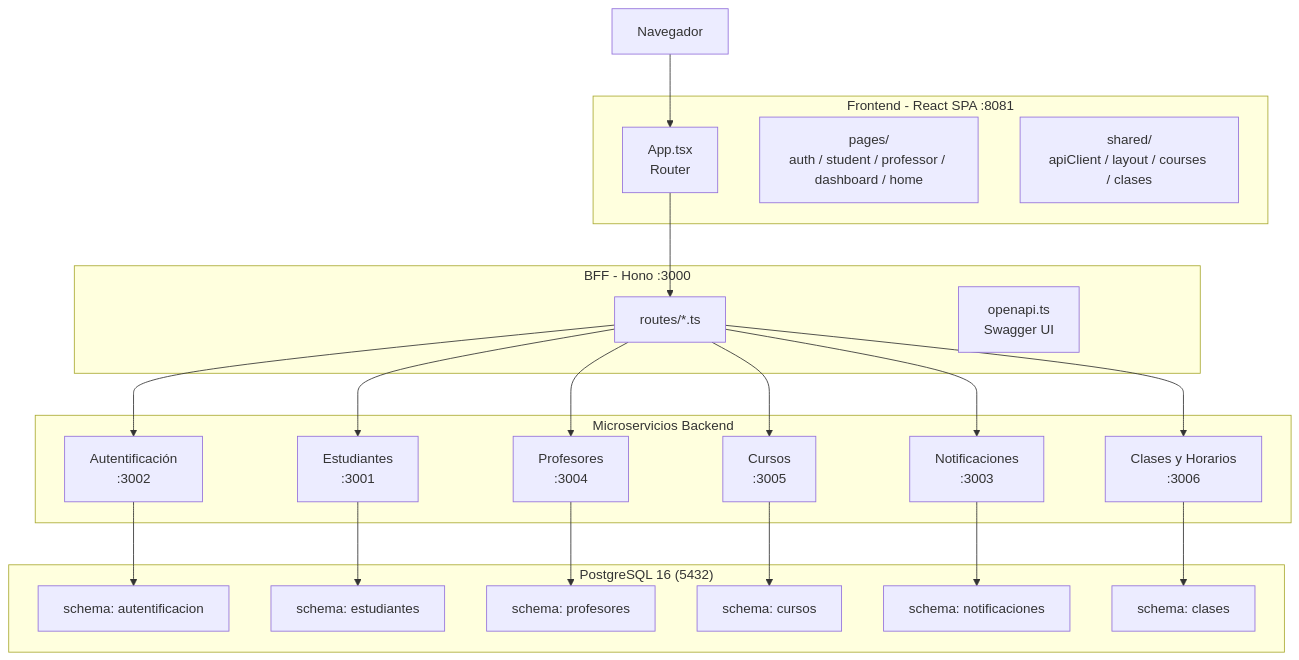
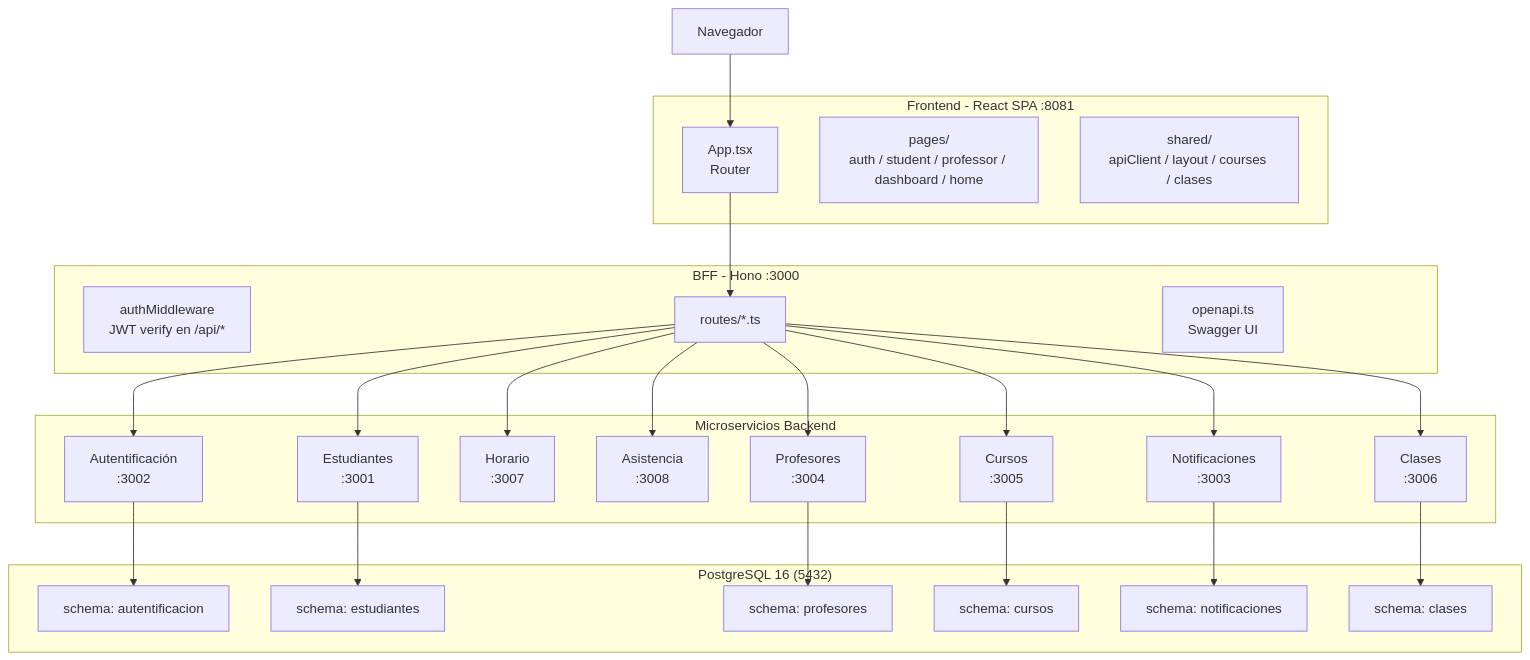
Before and after one commit to M4zls/WEp: the diagram in README.md, drawn with Mermaid. The commit also changed other lines of this file and 113 other files, not shown here.

````diff
--- a/README.md
+++ b/README.md
@@ -106,48 +106,53 @@
 ```mermaid
 flowchart TB
     Browser["Navegador"]
 
     subgraph Frontend["Frontend - React SPA :8081"]
         ReactApp["App.tsx<br/>Router"]
         Pages["pages/<br/>auth / student / professor / dashboard / home"]
         Shared["shared/<br/>apiClient / layout / courses / clases"]
     end
 
     subgraph BFF["BFF - Hono :3000"]
+        AuthMW["authMiddleware<br/>JWT verify en /api/*"]
         BFFRoutes["routes/*.ts"]
         OpenAPI["openapi.ts<br/>Swagger UI"]
     end
 
     subgraph Microservices["Microservicios Backend"]
         Auth["Autentificación<br/>:3002"]
         Students["Estudiantes<br/>:3001"]
-        Clases["Clases y Horarios<br/>:3006"]
+        Horario["Horario<br/>:3007"]
+        Asistencia["Asistencia<br/>:3008"]
+        Clases["Clases<br/>:3006"]
         Teachers["Profesores<br/>:3004"]
         Courses["Cursos<br/>:3005"]
         Notif["Notificaciones<br/>:3003"]
     end
 
     subgraph DB["PostgreSQL 16 (5432)"]
         S1["schema: autentificacion"]
         S2["schema: estudiantes"]
         S3["schema: profesores"]
         S4["schema: cursos"]
         S5["schema: notificaciones"]
         S6["schema: clases"]
     end
 
     Browser --> ReactApp
     ReactApp --> BFFRoutes
     BFFRoutes --> Auth
     BFFRoutes --> Students
     BFFRoutes --> Teachers
     BFFRoutes --> Courses
     BFFRoutes --> Notif
     BFFRoutes --> Clases
+    BFFRoutes --> Horario
+    BFFRoutes --> Asistencia
     Auth --> S1
     Students --> S2
     Teachers --> S3
     Courses --> S4
     Notif --> S5
     Clases --> S6
 ```
````
